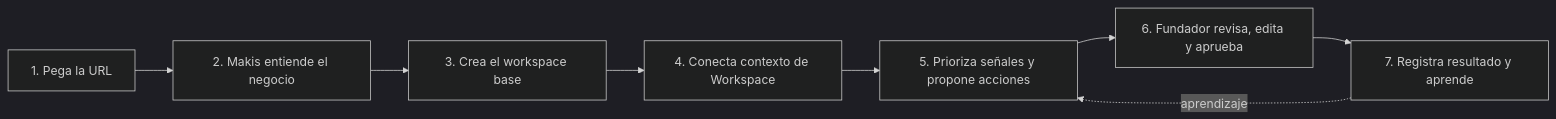
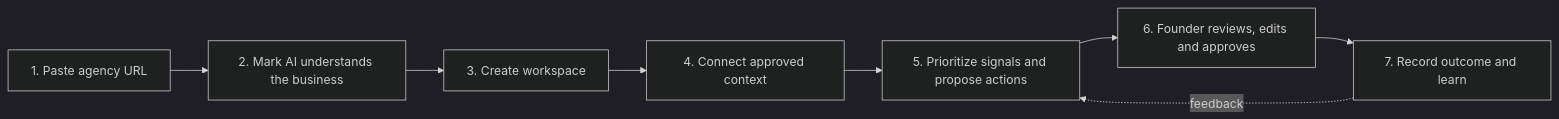
The diagram in PRD.md (Freddyx14/makis), drawn with Mermaid (dark theme) before and after one commit. The commit also changed other lines of this file and 58 other files, not shown here.

```diff
--- a/PRD.md
+++ b/PRD.md
@@ -42,10 +38,10 @@
 ~~~mermaid
 flowchart LR
-    A["1. Pega la URL"] --> B["2. Makis entiende el negocio"]
-    B --> C["3. Crea el workspace base"]
-    C --> D["4. Conecta contexto de Workspace"]
-    D --> E["5. Prioriza señales y propone acciones"]
-    E --> F["6. Fundador revisa, edita y aprueba"]
-    F --> G["7. Registra resultado y aprende"]
-    G -. aprendizaje .-> E
+    A["1. Paste agency URL"] --> B["2. Mark AI understands the business"]
+    B --> C["3. Create workspace"]
+    C --> D["4. Connect approved context"]
+    D --> E["5. Prioritize signals and propose actions"]
+    E --> F["6. Founder reviews, edits and approves"]
+    F --> G["7. Record outcome and learn"]
+    G -. feedback .-> E
 ~~~
```
